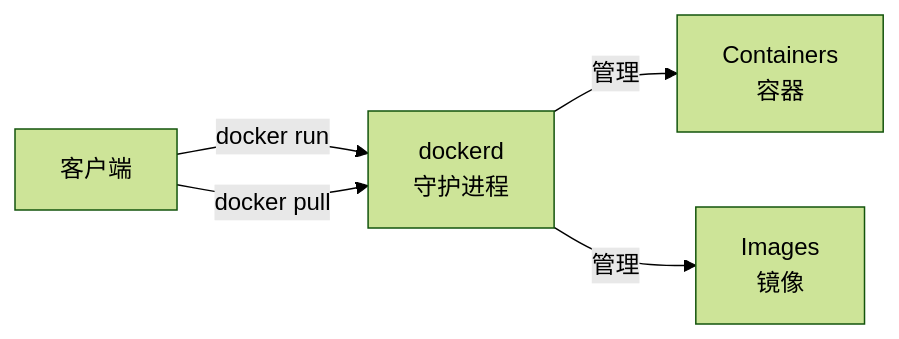
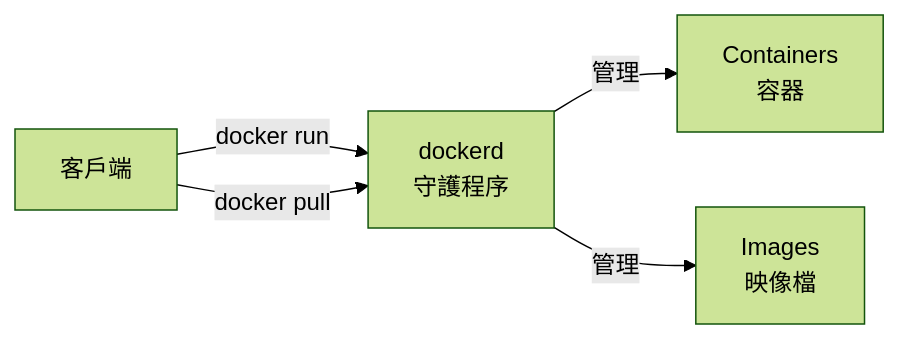
One commit to alexkuoecity/docker-practice-master-zh-tw changed the first of 3 diagrams in 12_implementation/12.1_arch.md. Above: the diagram before and after it, drawn with Mermaid (forest theme). The commit also changed other lines of this file and 200 other files, not shown here.

````diff
--- a/12_implementation/12.1_arch.md
+++ b/12_implementation/12.1_arch.md
@@ -9,7 +9,7 @@
 ```mermaid
 graph LR
-  C1["客户端"] -->|docker run| D["dockerd<br/>守护进程"]
+  C1["客戶端"] -->|docker run| D["dockerd<br/>守護程序"]
   C1 -->|docker pull| D
   D -->|管理| C2["Containers<br/>容器"]
-  D -->|管理| C3["Images<br/>镜像"]
+  D -->|管理| C3["Images<br/>映像檔"]
 ```
````
